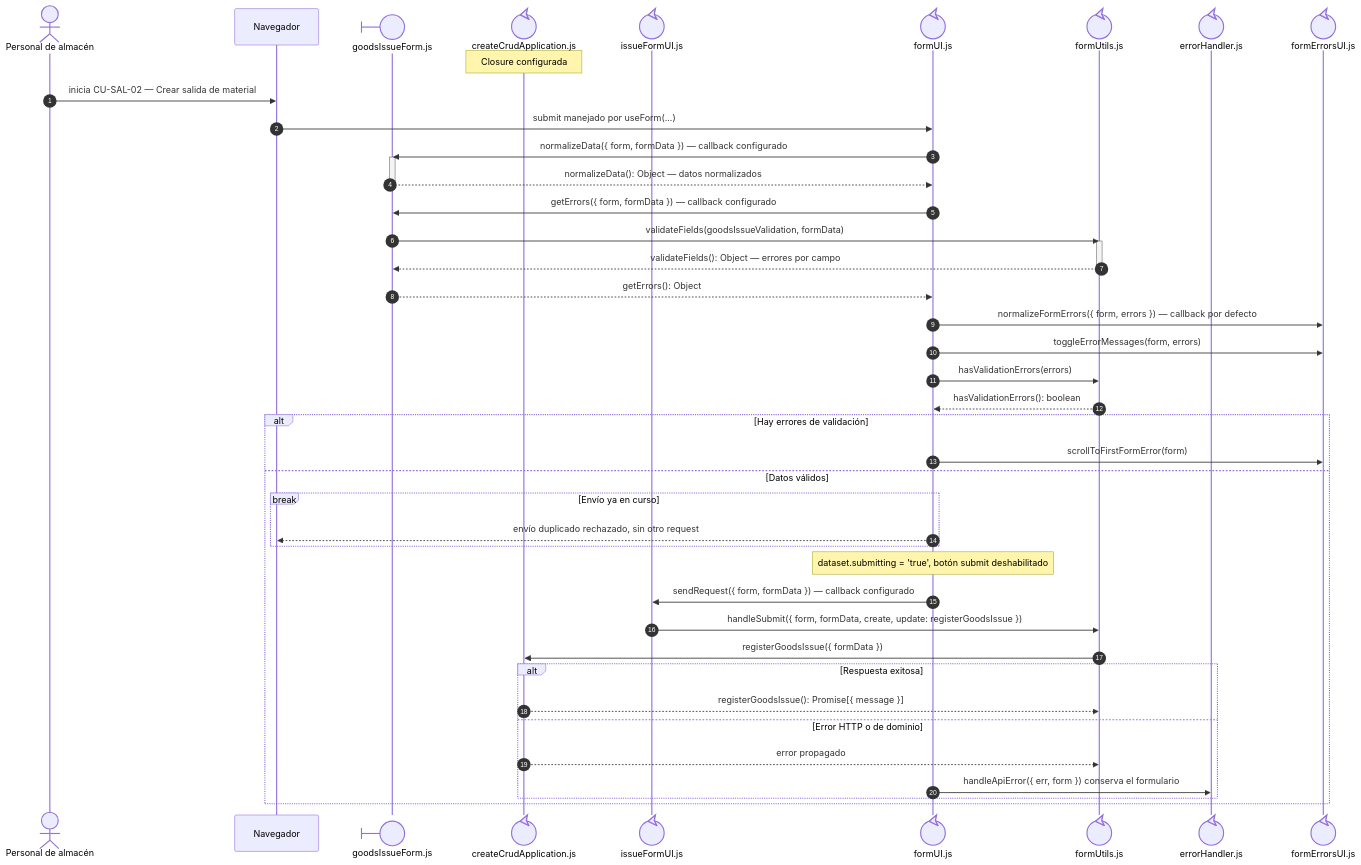
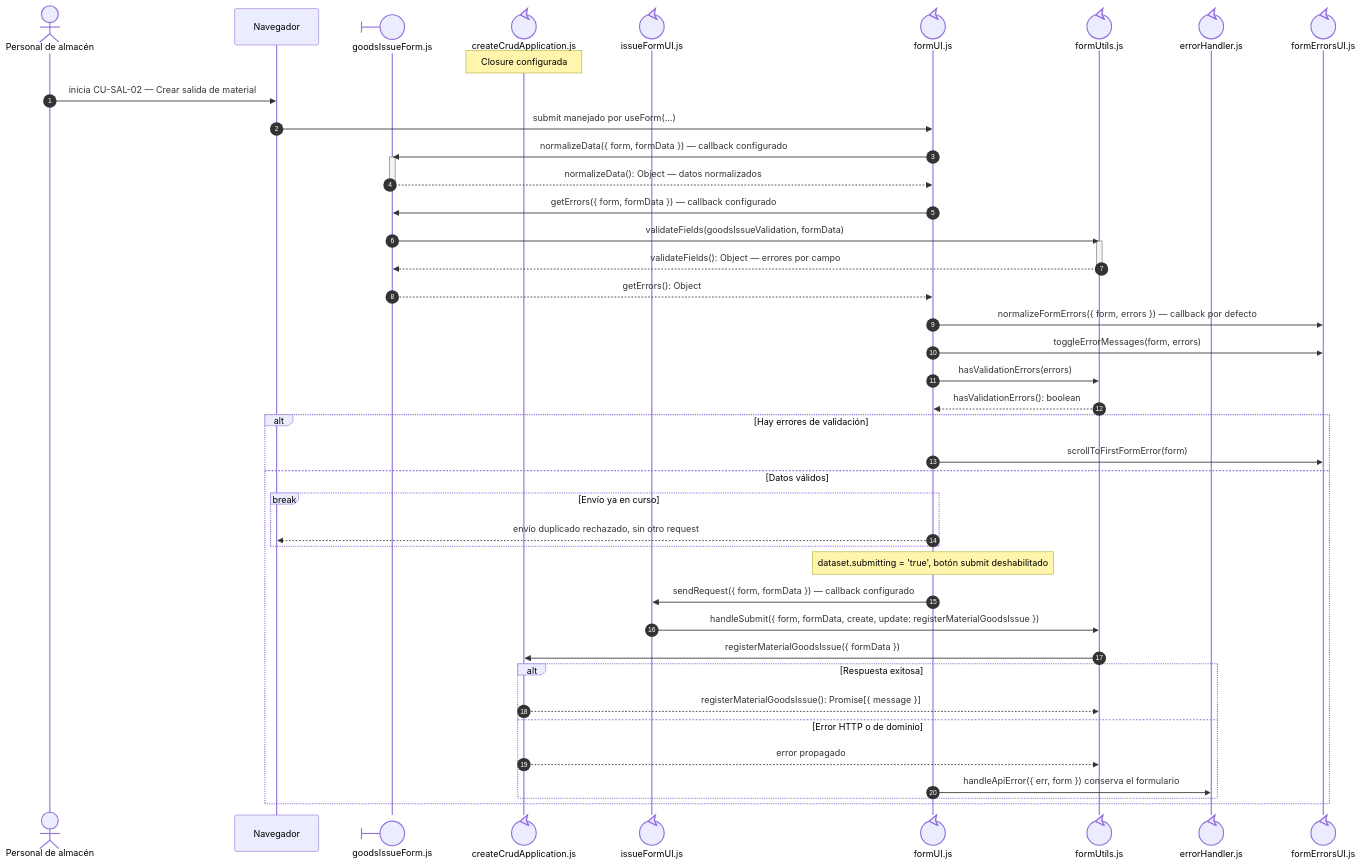
One commit to gpgsistemas01/nexus changed the second of 3 diagrams in docs/architecture/views/processes/frontend-code-sequences/issues/cu-sal-02.md. Above: the diagram before and after it, drawn with Mermaid. The commit also changed other lines of this file and 142 other files, not shown here.

````diff
--- a/docs/architecture/views/processes/frontend-code-sequences/issues/cu-sal-02.md
+++ b/docs/architecture/views/processes/frontend-code-sequences/issues/cu-sal-02.md
@@ -136,49 +137,49 @@
 ```mermaid
 sequenceDiagram
     autonumber
     actor Initiator as Personal de almacén
     participant Browser as Navegador
     participant View@{ "type": "boundary" } as goodsIssueForm.js
     participant Application@{ "type": "control" } as createCrudApplication.js
     participant IssueUI@{ "type": "control" } as issueFormUI.js
     participant Form@{ "type": "control" } as formUI.js
     participant FormUtils@{ "type": "control" } as formUtils.js
 
     participant FileErrorHandler@{ "type": "control" } as errorHandler.js
     participant FileFormErrorsUI@{ "type": "control" } as formErrorsUI.js
 
     Note over Application: Closure configurada
     Initiator->>Browser: inicia CU-SAL-02 — Crear salida de material
     Browser->>Form: submit manejado por useForm(...)
     Form->>View: normalizeData({ form, formData }) — callback configurado
     activate View
     View-->>Form: normalizeData(): Object — datos normalizados
     deactivate View
     Form->>View: getErrors({ form, formData }) — callback configurado
     View->>FormUtils: validateFields(goodsIssueValidation, formData)
     activate FormUtils
     FormUtils-->>View: validateFields(): Object — errores por campo
     deactivate FormUtils
     View-->>Form: getErrors(): Object
     Form->>FileFormErrorsUI: normalizeFormErrors({ form, errors }) — callback por defecto
     Form->>FileFormErrorsUI: toggleErrorMessages(form, errors)
     Form->>FormUtils: hasValidationErrors(errors)
     FormUtils-->>Form: hasValidationErrors(): boolean
     alt Hay errores de validación
         Form->>FileFormErrorsUI: scrollToFirstFormError(form)
     else Datos válidos
         break Envío ya en curso
             Form-->>Browser: envío duplicado rechazado, sin otro request
     end
         Note over Form: dataset.submitting = 'true', botón submit deshabilitado
         Form->>IssueUI: sendRequest({ form, formData }) — callback configurado
-        IssueUI->>FormUtils: handleSubmit({ form, formData, create, update: registerGoodsIssue })
-        FormUtils->>Application: registerGoodsIssue({ formData })
+        IssueUI->>FormUtils: handleSubmit({ form, formData, create, update: registerMaterialGoodsIssue })
+        FormUtils->>Application: registerMaterialGoodsIssue({ formData })
         alt Respuesta exitosa
-            Application-->>FormUtils: registerGoodsIssue(): Promise[{ message }]
+            Application-->>FormUtils: registerMaterialGoodsIssue(): Promise[{ message }]
         else Error HTTP o de dominio
             Application-->>FormUtils: error propagado
             Form->>FileErrorHandler: handleApiError({ err, form }) conserva el formulario
     end
     end
 ```
````
